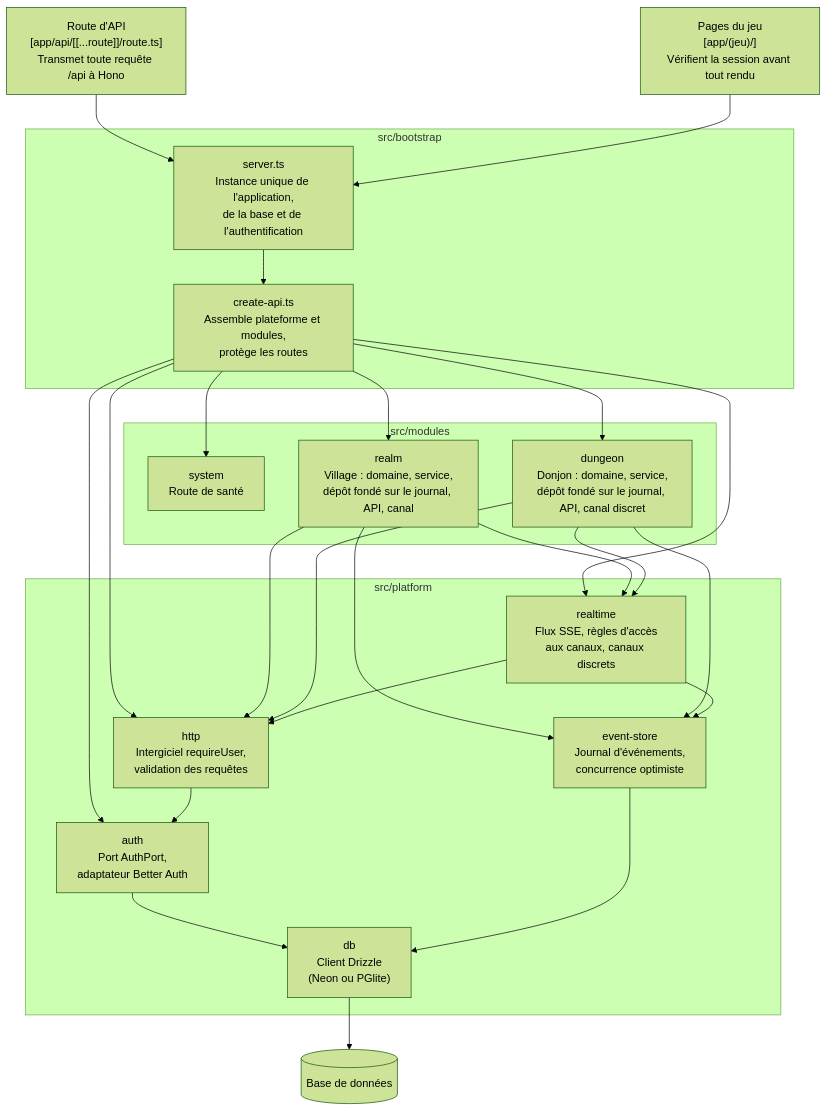
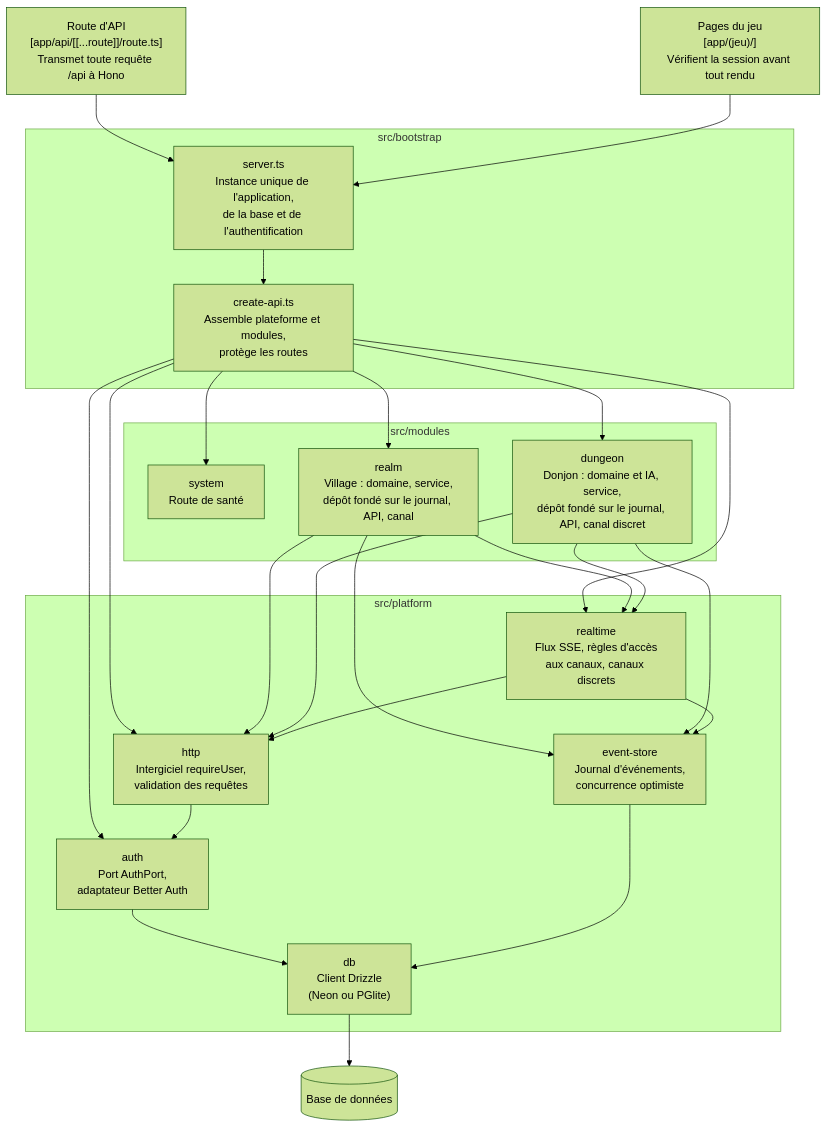
One commit to Swixos/royaumes changed the third of 4 diagrams in docs/architecture.md. Above: the diagram before and after it, drawn with Mermaid (forest theme). The commit also changed 2 other files, not shown here.

Commit message:
docs: update the dungeon documentation
Cover companions and the AI in the security review, the architecture diagram and the README.

````diff
--- a/docs/architecture.md
+++ b/docs/architecture.md
@@ -50,33 +50,33 @@
 ```mermaid
 flowchart TB
   route["Route d'API<br/>[app/api/[[...route]]/route.ts]<br/>Transmet toute requête /api à Hono"]
   pages["Pages du jeu<br/>[app/(jeu)/]<br/>Vérifient la session avant tout rendu"]
   subgraph bootstrap["src/bootstrap"]
     server["server.ts<br/>Instance unique de l'application,<br/>de la base et de l'authentification"]
     createapi["create-api.ts<br/>Assemble plateforme et modules,<br/>protège les routes"]
   end
   subgraph modules["src/modules"]
     system["system<br/>Route de santé"]
     realm["realm<br/>Village : domaine, service,<br/>dépôt fondé sur le journal, API, canal"]
-    dungeon["dungeon<br/>Donjon : domaine, service,<br/>dépôt fondé sur le journal, API, canal discret"]
+    dungeon["dungeon<br/>Donjon : domaine et IA, service,<br/>dépôt fondé sur le journal, API, canal discret"]
   end
   subgraph platform["src/platform"]
     auth["auth<br/>Port AuthPort,<br/>adaptateur Better Auth"]
     http["http<br/>Intergiciel requireUser,<br/>validation des requêtes"]
     realtime["realtime<br/>Flux SSE, règles d'accès<br/>aux canaux, canaux discrets"]
     store["event-store<br/>Journal d'événements,<br/>concurrence optimiste"]
     db["db<br/>Client Drizzle<br/>(Neon ou PGlite)"]
   end
   base[("Base de données")]
   route --> server
   pages --> server
   server --> createapi
   createapi --> system & realm & dungeon & auth & http & realtime
   realm --> store & realtime & http
   dungeon --> store & realtime & http
   realtime --> store & http
   http --> auth
   auth --> db
   store --> db
   db --> base
 ```
````
